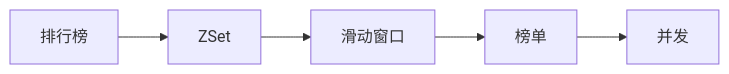
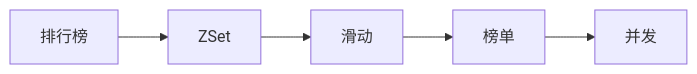
The diagram in 场景设计/实时排行榜与榜单.md (tghrxxxyyy/knowledge-base), drawn with Mermaid before and after one commit. The commit also changed other lines of this file and 385 other files, not shown here.

````diff
--- a/场景设计/实时排行榜与榜单.md
+++ b/场景设计/实时排行榜与榜单.md
@@ -19,9 +19,9 @@
 ```mermaid
 flowchart LR
     A[排行榜]
     B[ZSet]
-    C[滑动窗口]
+    C[滑动]
     D[榜单]
     E[并发]
     A --> B --> C --> D --> E
 ```
````
